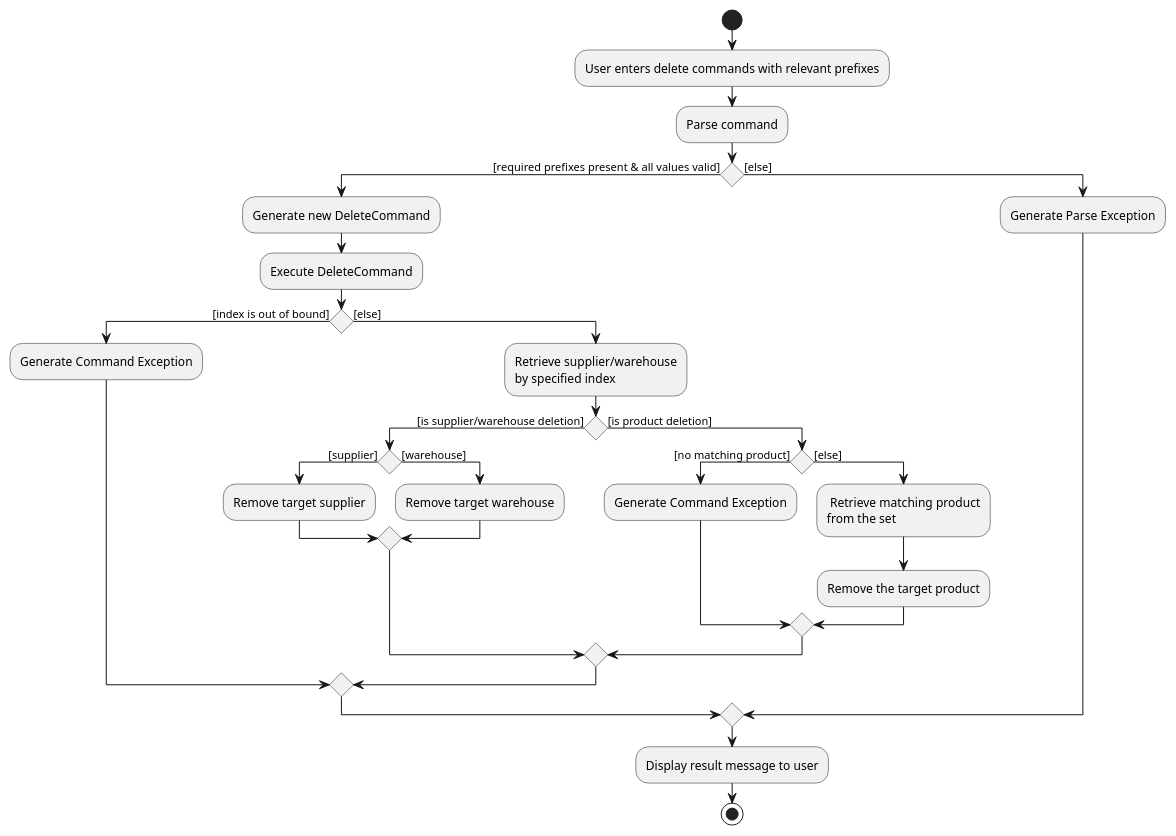
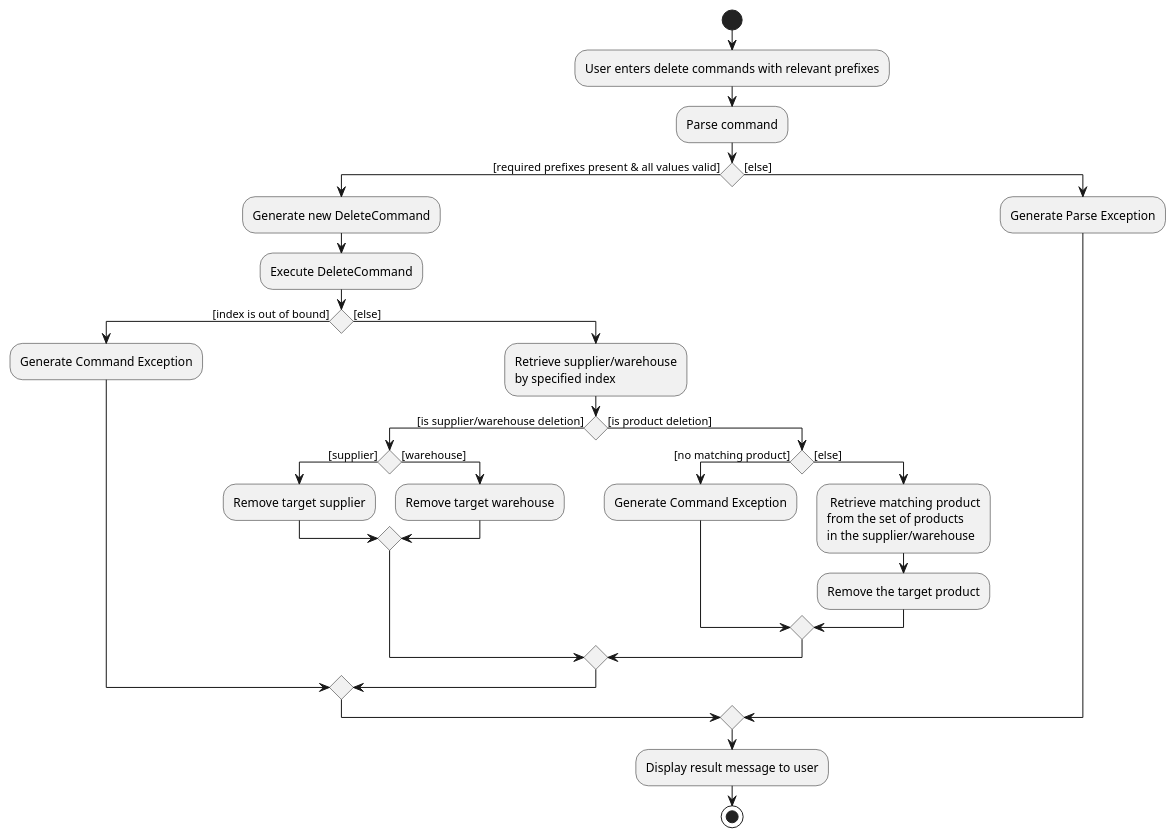
One commit to tohyuting/tp changed the diagram in docs/diagrams/DeleteCommandActivityDiagram.puml. Above: the diagram before and after it, drawn with PlantUML. The commit also changed 15 other files, not shown here.

```diff
--- a/docs/diagrams/DeleteCommandActivityDiagram.puml
+++ b/docs/diagrams/DeleteCommandActivityDiagram.puml
@@ -1,39 +1,40 @@
 @startuml
 start
 :User enters delete commands with relevant prefixes;
 :Parse command;
 
 'Since the beta syntax does not support placing the condition outside the
 'diamond we place it as the true branch instead.
 
 if () then ([required prefixes present & all values valid])
     :Generate new DeleteCommand;
     :Execute DeleteCommand;
     if () then ([index is out of bound])
         :Generate Command Exception;
 
     else ([else])
         :Retrieve supplier/warehouse
         by specified index;
         if () then ([is supplier/warehouse deletion])
             if () then([supplier])
             :Remove target supplier;
             else ([warehouse])
             :Remove target warehouse;
             endif
         else ([is product deletion])
             if () then ([no matching product])
                 :Generate Command Exception;
             else ([else])
                 : Retrieve matching product
-                from the set;
+                from the set of products
+                in the supplier/warehouse;
                 :Remove the target product;
             endif
         endif
     endif
 else ([else])
     :Generate Parse Exception;
 endif
 :Display result message to user;
 stop
 @enduml
```
